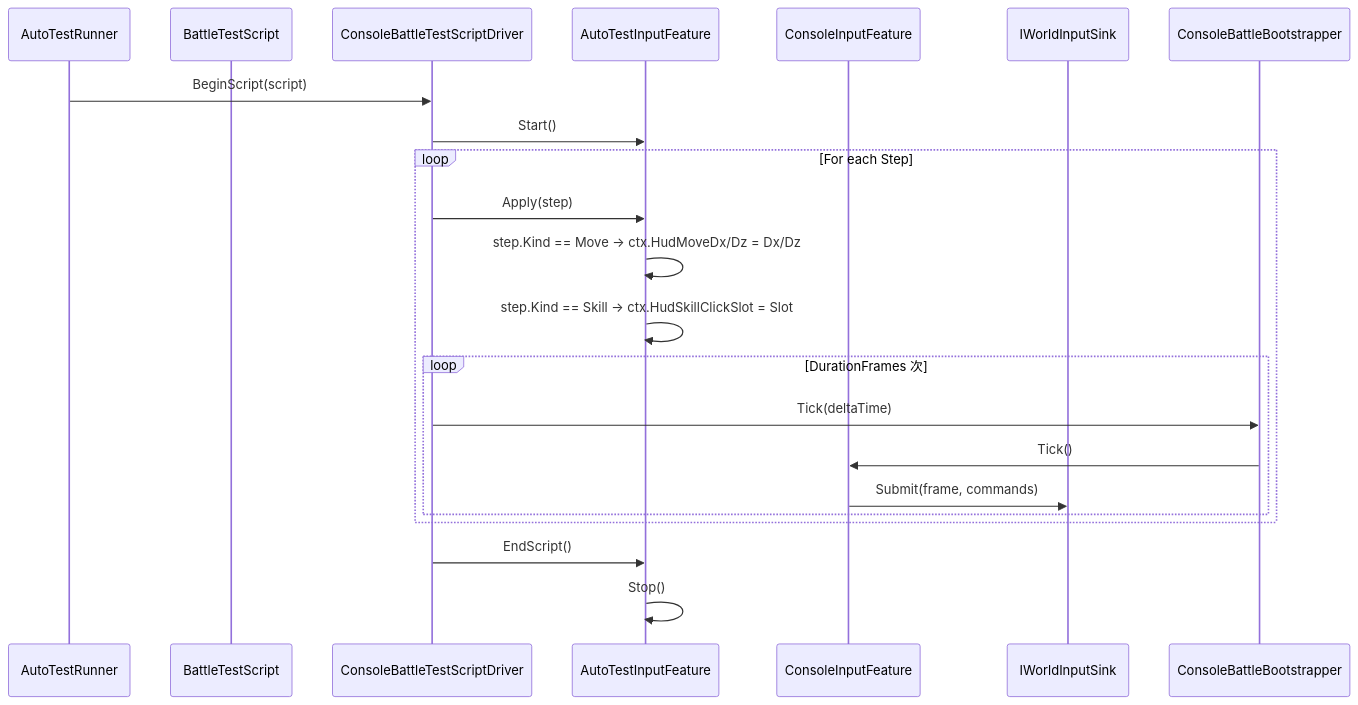
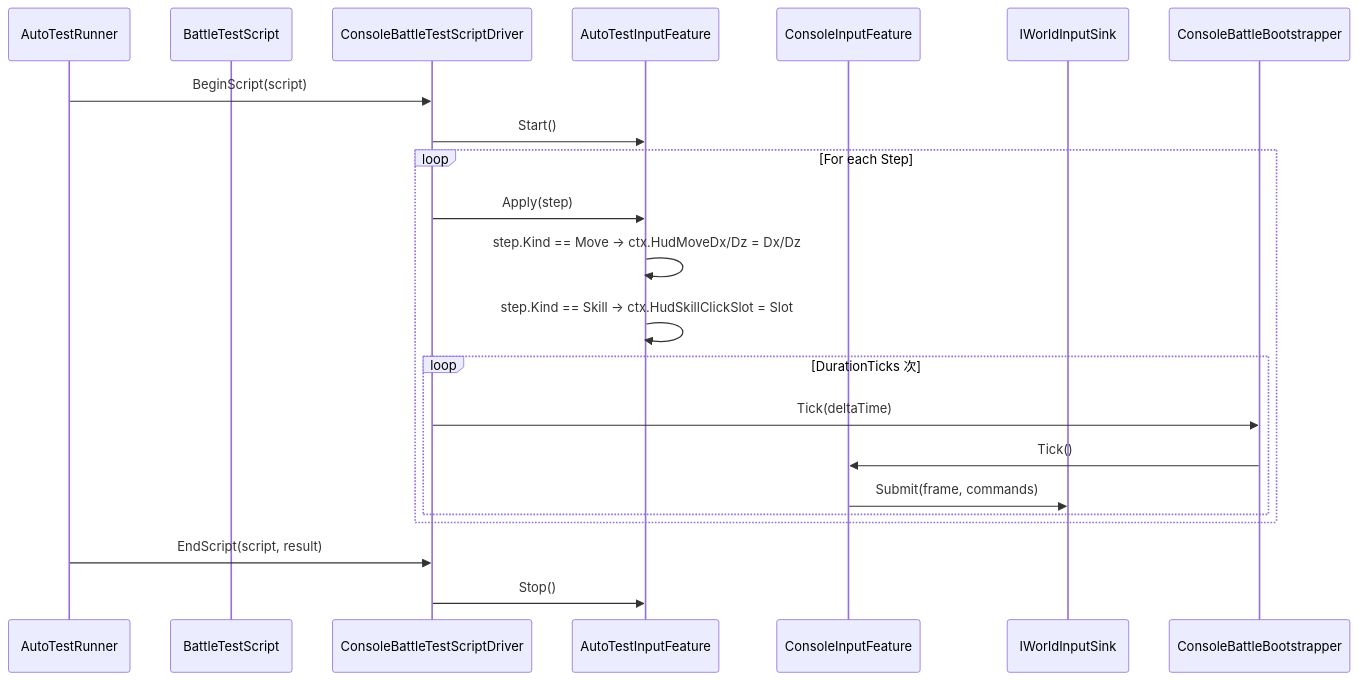
Before and after one commit to HOBOBO/AbilityKit: the third of 3 diagrams in Docs/design/09-ImplementationExamples/MOBA/20-ConsoleDemoBootstrapAndFeatureDeepDive.md, drawn with Mermaid. The commit also changed other lines of this file and 117 other files, not shown here.

````diff
--- a/Docs/design/09-ImplementationExamples/MOBA/20-ConsoleDemoBootstrapAndFeatureDeepDive.md
+++ b/Docs/design/09-ImplementationExamples/MOBA/20-ConsoleDemoBootstrapAndFeatureDeepDive.md
@@ -447,28 +400,28 @@
 ```mermaid
 sequenceDiagram
     participant Runner as AutoTestRunner
     participant Script as BattleTestScript
     participant Driver as ConsoleBattleTestScriptDriver
     participant Input as AutoTestInputFeature
     participant Feature as ConsoleInputFeature
     participant Sink as IWorldInputSink
     participant Bootstrapper as ConsoleBattleBootstrapper
 
     Runner->>Driver: BeginScript(script)
     Driver->>Input: Start()
 
     loop For each Step
         Driver->>Input: Apply(step)
         Input->>Input: step.Kind == Move → ctx.HudMoveDx/Dz = Dx/Dz
         Input->>Input: step.Kind == Skill → ctx.HudSkillClickSlot = Slot
 
-        loop DurationFrames 次
+        loop DurationTicks 次
             Driver->>Bootstrapper: Tick(deltaTime)
             Bootstrapper->>Feature: Tick()
             Feature->>Sink: Submit(frame, commands)
         end
     end
 
-    Driver->>Input: EndScript()
-    Input->>Input: Stop()
+    Runner->>Driver: EndScript(script, result)
+    Driver->>Input: Stop()
 ```
````
